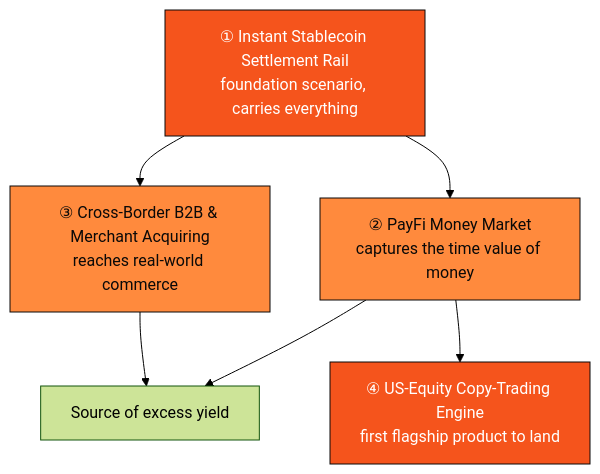
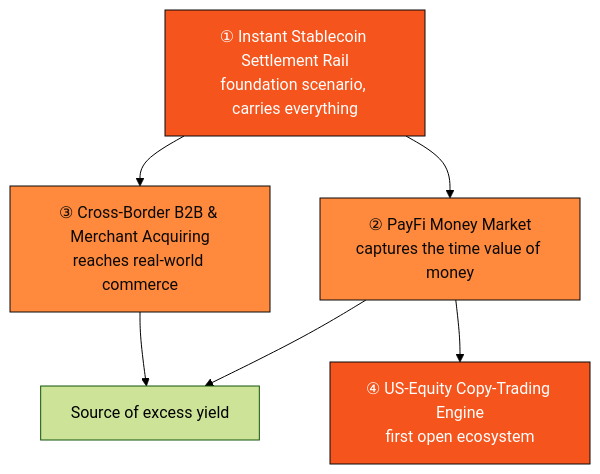
The diagram in en/part4-payfi/README.md (AIVIVEHQ/axon-whitepaper), drawn with Mermaid (forest theme) before and after one commit. The commit also changed other lines of this file and 21 other files, not shown here.

````diff
--- a/en/part4-payfi/README.md
+++ b/en/part4-payfi/README.md
@@ -14,12 +14,12 @@
 ```mermaid
 flowchart TB
     S["① Instant Stablecoin Settlement Rail<br/>foundation scenario, carries everything"] --> M["② PayFi Money Market<br/>captures the time value of money"]
     S --> X["③ Cross-Border B2B & Merchant Acquiring<br/>reaches real-world commerce"]
     M --> V["Source of excess yield"]
     X --> V
-    M --> C["④ US-Equity Copy-Trading Engine<br/>first flagship product to land"]
+    M --> C["④ US-Equity Copy-Trading Engine<br/>first open ecosystem"]
     style S fill:#f5541c,stroke:#0a0908,color:#fff
     style M fill:#ff8a3d,stroke:#0a0908,color:#0a0908
     style X fill:#ff8a3d,stroke:#0a0908,color:#0a0908
     style C fill:#f5541c,stroke:#0a0908,color:#fff
 ```
````
